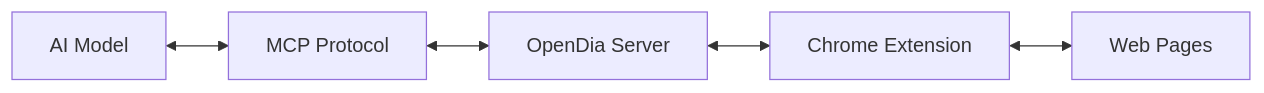
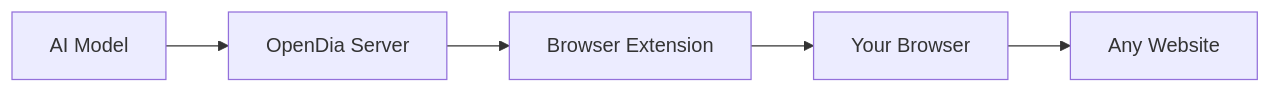
Before and after one commit to rothnic/opendia: the diagram in README.md, drawn with Mermaid. The commit also changed other lines of this file, not shown here.

````diff
--- a/README.md
+++ b/README.md
@@ -117,7 +161,7 @@
 ```mermaid
 graph LR
-    A[AI Model] <--> B[MCP Protocol]
-    B <--> C[OpenDia Server]
-    C <--> D[Chrome Extension]
-    D <--> E[Web Pages]
+    A[AI Model] --> B[OpenDia Server]
+    B --> C[Browser Extension]
+    C --> D[Your Browser]
+    D --> E[Any Website]
 ```
````
